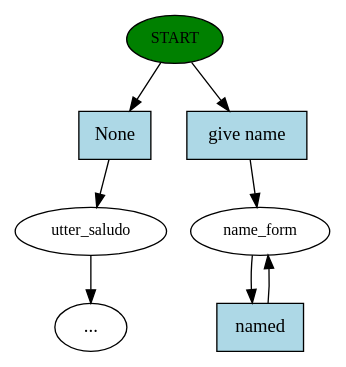
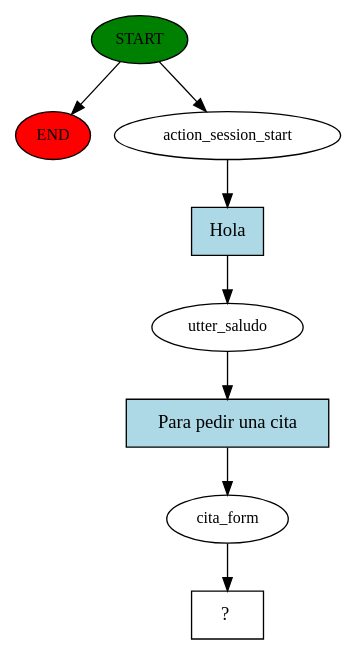
The diagram in story_graph.dot (svalenciaaq/Bot-Rasa), drawn with Graphviz before and after one commit. The commit also changed 7 other files, not shown here.

```diff
--- a/story_graph.dot
+++ b/story_graph.dot
@@ -1,16 +1,17 @@
 digraph  {
 0 [class="start active", fillcolor=green, fontsize=12, label=START, style=filled];
-1 [class="", fontsize=12, label=utter_saludo];
-"-3" [class=ellipsis, label="..."];
-2 [class="active dashed", fontsize=12, label=name_form];
-4 [class=intent, fillcolor=lightblue, label=None, shape=rect, style=filled];
-5 [class="intent active", fillcolor=lightblue, label="give name", shape=rect, style=filled];
-6 [class="intent active", fillcolor=lightblue, label=named, shape=rect, style=filled];
-0 -> 4  [class="", key=0];
-0 -> 5  [class=active, key=0];
-1 -> "-3"  [class="", key=NONE, label=""];
+"-1" [class=end, fillcolor=red, fontsize=12, label=END, style=filled];
+1 [class=active, fontsize=12, label=action_session_start];
+2 [class=active, fontsize=12, label=utter_saludo];
+3 [class=active, fontsize=12, label=cita_form];
+4 [class="intent dashed active", label="  ?  ", shape=rect];
+5 [class="intent active", fillcolor=lightblue, label=Hola, shape=rect, style=filled];
+6 [class="intent active", fillcolor=lightblue, label="Para pedir una cita", shape=rect, style=filled];
+0 -> "-1"  [class="", key=NONE, label=""];
+0 -> 1  [class=active, key=NONE, label=""];
+1 -> 5  [class=active, key=0];
 2 -> 6  [class=active, key=0];
-4 -> 1  [class="", key=0];
+3 -> 4  [class=active, key=NONE, label=""];
 5 -> 2  [class=active, key=0];
-6 -> 2  [class=active, key=0];
+6 -> 3  [class=active, key=0];
 }
```
